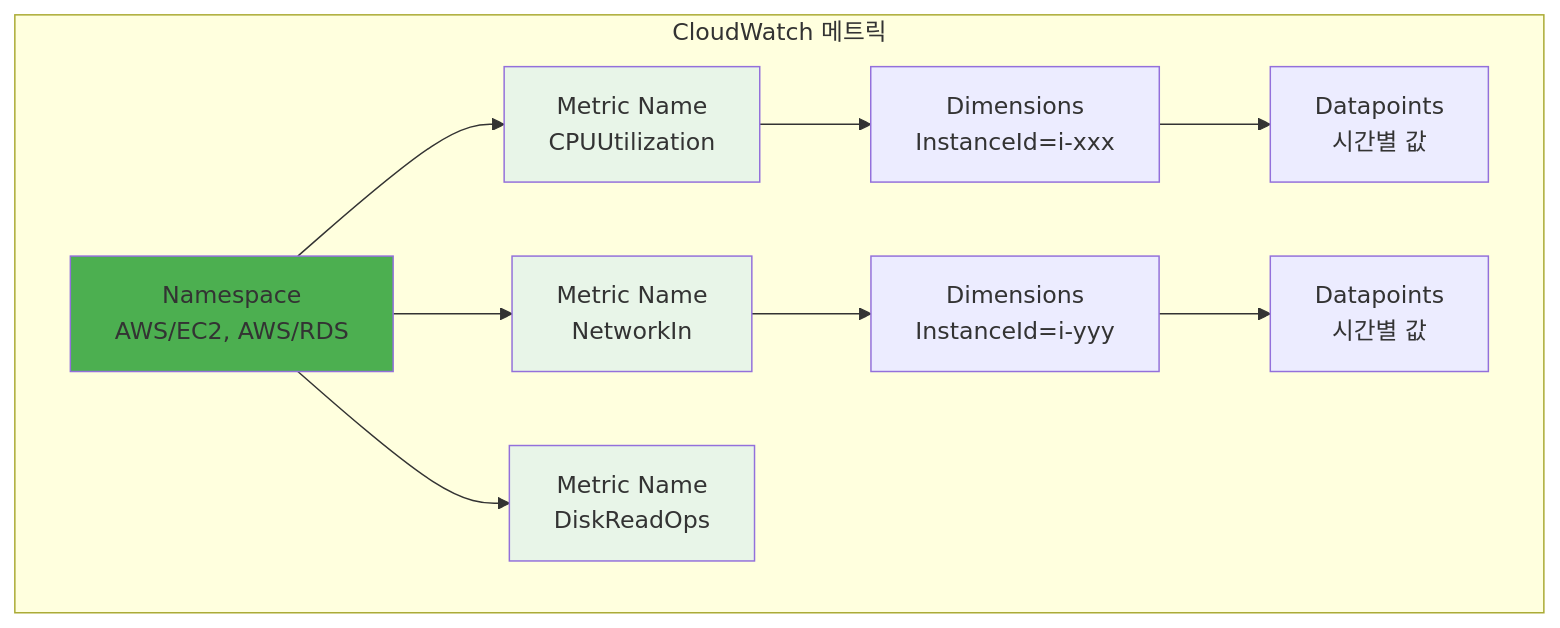
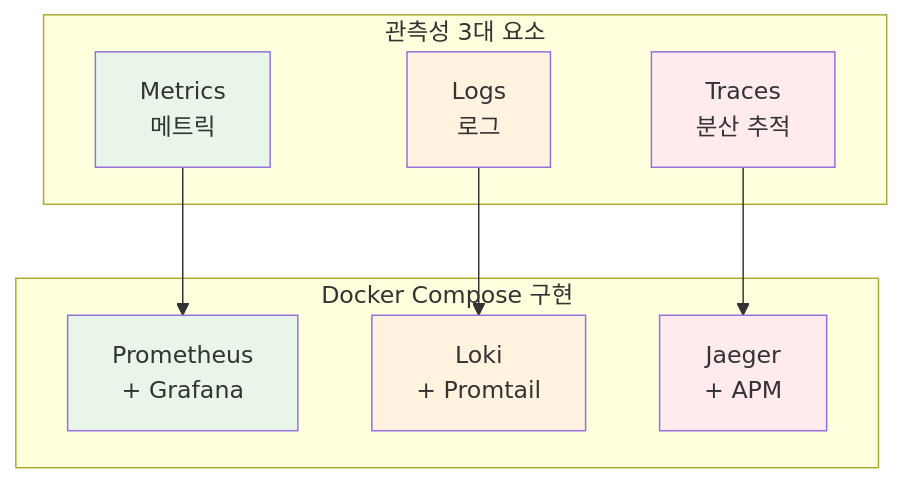
Before and after one commit to niceguy61/kdt_devops_lecture_2025: the third of 5 diagrams in theory/week_05/day5/session_3.md, drawn with Mermaid. The commit also changed other lines of this file, not shown here.

````diff
--- a/theory/week_05/day5/session_3.md
+++ b/theory/week_05/day5/session_3.md
@@ -342,20 +103,25 @@
 ```mermaid
 graph TB
-    subgraph "CloudWatch 메트릭"
-        A[Namespace<br/>AWS/EC2, AWS/RDS]
-        A --> B1[Metric Name<br/>CPUUtilization]
-        A --> B2[Metric Name<br/>NetworkIn]
-        A --> B3[Metric Name<br/>DiskReadOps]
-        
-        B1 --> C1[Dimensions<br/>InstanceId=i-xxx]
-        B2 --> C2[Dimensions<br/>InstanceId=i-yyy]
-        
-        C1 --> D1[Datapoints<br/>시간별 값]
-        C2 --> D2[Datapoints<br/>시간별 값]
+    subgraph "관측성 3대 요소"
+        A[Metrics<br/>메트릭]
+        B[Logs<br/>로그]
+        C[Traces<br/>분산 추적]
     end
     
-    style A fill:#4caf50
-    style B1 fill:#e8f5e8
-    style B2 fill:#e8f5e8
-    style B3 fill:#e8f5e8
+    subgraph "Docker Compose 구현"
+        D[Prometheus<br/>+ Grafana]
+        E[Loki<br/>+ Promtail]
+        F[Jaeger<br/>+ APM]
+    end
+    
+    A --> D
+    B --> E
+    C --> F
+    
+    style A fill:#e8f5e8
+    style B fill:#fff3e0
+    style C fill:#ffebee
+    style D fill:#e8f5e8
+    style E fill:#fff3e0
+    style F fill:#ffebee
 ```
````
